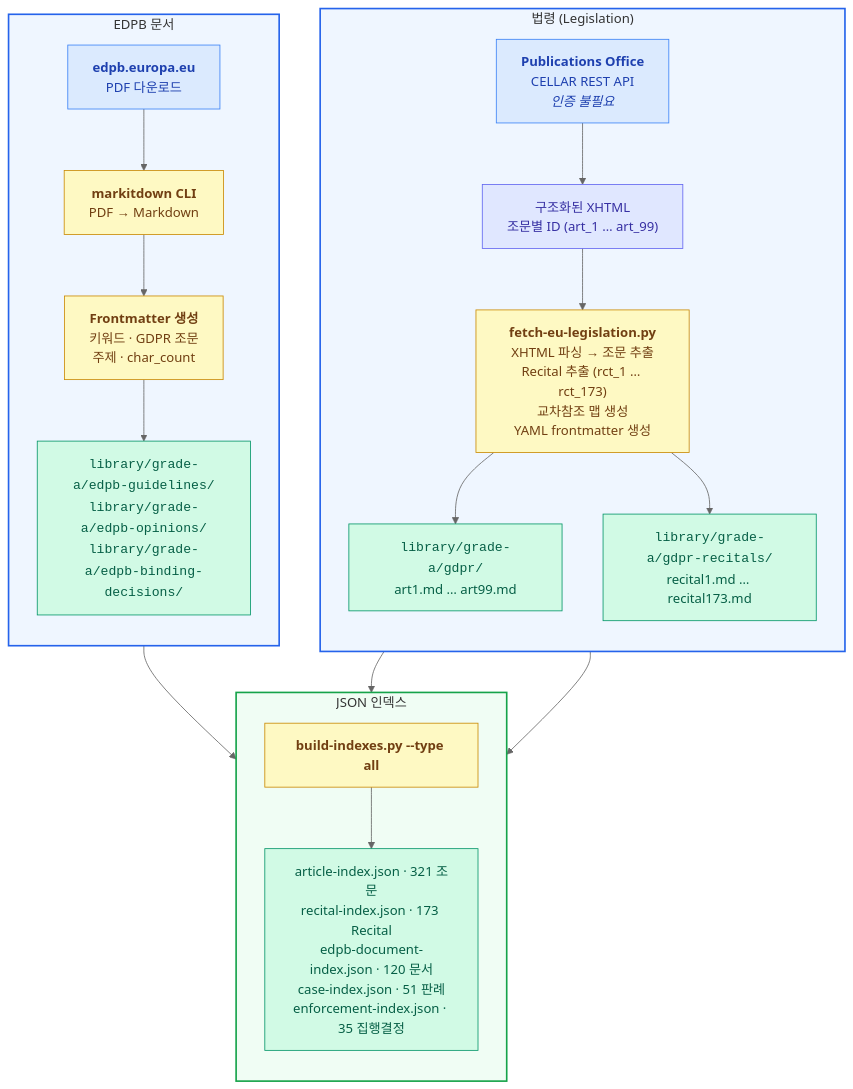
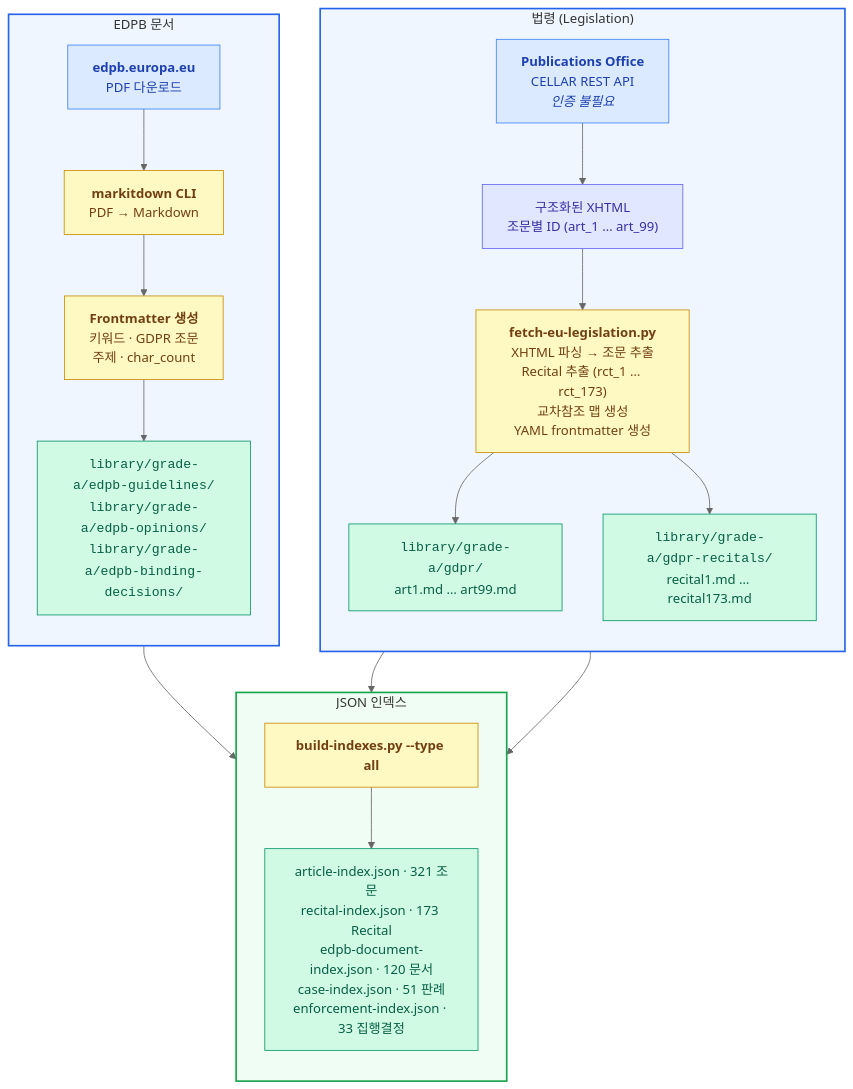
The second of 3 diagrams in README.ko.md (lowtidebuild/GDPR-expert), drawn with Mermaid (neutral theme) before and after one commit. The commit also changed other lines of this file and 5 other files, not shown here.

````diff
--- a/README.ko.md
+++ b/README.ko.md
@@ -122,49 +122,49 @@
 ```mermaid
 flowchart TD
     subgraph leg["법령 (Legislation)"]
         direction TB
         PO["<b>Publications Office</b><br/>CELLAR REST API<br/><i>인증 불필요</i>"]
         XHTML["구조화된 XHTML<br/>조문별 ID (art_1 … art_99)"]
         FETCH["<b>fetch-eu-legislation.py</b><br/>XHTML 파싱 → 조문 추출<br/>Recital 추출 (rct_1 … rct_173)<br/>교차참조 맵 생성<br/>YAML frontmatter 생성"]
         ARTS["<code>library/grade-a/gdpr/</code><br/>art1.md … art99.md"]
         RECS["<code>library/grade-a/gdpr-recitals/</code><br/>recital1.md … recital173.md"]
         PO --> XHTML --> FETCH
         FETCH --> ARTS
         FETCH --> RECS
     end
 
     subgraph edpb["EDPB 문서"]
         direction TB
         EDPB_SRC["<b>edpb.europa.eu</b><br/>PDF 다운로드"]
         MARK["<b>markitdown CLI</b><br/>PDF → Markdown"]
         FRONT["<b>Frontmatter 생성</b><br/>키워드 · GDPR 조문<br/>주제 · char_count"]
         EDPB_OUT["<code>library/grade-a/edpb-guidelines/</code><br/><code>library/grade-a/edpb-opinions/</code><br/><code>library/grade-a/edpb-binding-decisions/</code>"]
         EDPB_SRC --> MARK --> FRONT --> EDPB_OUT
     end
 
     subgraph idx["JSON 인덱스"]
         direction TB
         BUILD["<b>build-indexes.py --type all</b>"]
-        IDXOUT["article-index.json · 321 조문<br/>recital-index.json · 173 Recital<br/>edpb-document-index.json · 120 문서<br/>case-index.json · 51 판례<br/>enforcement-index.json · 35 집행결정"]
+        IDXOUT["article-index.json · 321 조문<br/>recital-index.json · 173 Recital<br/>edpb-document-index.json · 120 문서<br/>case-index.json · 51 판례<br/>enforcement-index.json · 33 집행결정"]
         BUILD --> IDXOUT
     end
 
     ARTS --> BUILD
     RECS --> BUILD
     EDPB_OUT --> BUILD
 
     style leg fill:#eff6ff,stroke:#2563eb,stroke-width:2px
     style edpb fill:#eff6ff,stroke:#2563eb,stroke-width:2px
     style idx fill:#f0fdf4,stroke:#16a34a,stroke-width:2px
     style PO fill:#dbeafe,stroke:#3b82f6,color:#1e40af
     style EDPB_SRC fill:#dbeafe,stroke:#3b82f6,color:#1e40af
     style XHTML fill:#e0e7ff,stroke:#6366f1,color:#3730a3
     style FETCH fill:#fef9c3,stroke:#ca8a04,color:#713f12
     style MARK fill:#fef9c3,stroke:#ca8a04,color:#713f12
     style FRONT fill:#fef9c3,stroke:#ca8a04,color:#713f12
     style BUILD fill:#fef9c3,stroke:#ca8a04,color:#713f12
     style ARTS fill:#d1fae5,stroke:#059669,color:#065f46
     style RECS fill:#d1fae5,stroke:#059669,color:#065f46
     style EDPB_OUT fill:#d1fae5,stroke:#059669,color:#065f46
     style IDXOUT fill:#d1fae5,stroke:#059669,color:#065f46
 ```
````
